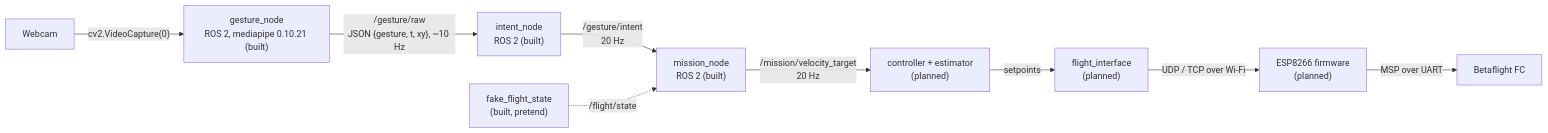
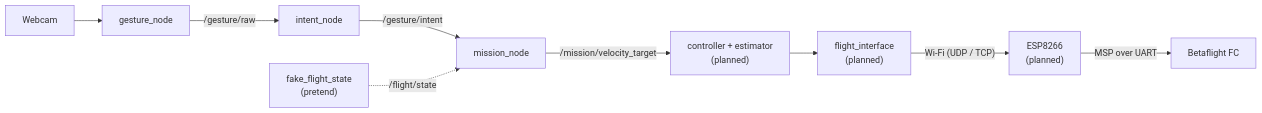
Before and after one commit to SEAME-pt/SEA-ME_Team1_ROSRangers: the diagram in docs/PraticalPlan/06 Gestures/00 Gesture Pipeline.md, drawn with Mermaid. The commit also changed other lines of this file and 11 other files, not shown here.

````diff
--- a/docs/PraticalPlan/06 Gestures/00 Gesture Pipeline.md
+++ b/docs/PraticalPlan/06 Gestures/00 Gesture Pipeline.md
@@ -30,11 +30,11 @@
 ```mermaid
 flowchart LR
-  W[Webcam] -->|"cv2.VideoCapture(0)"| R["gesture_node<br/>ROS 2, mediapipe 0.10.21 (built)"]
-  R -->|"/gesture/raw<br/>JSON {gesture, t, xy}, ~10 Hz"| G["intent_node<br/>ROS 2 (built)"]
-  G -->|"/gesture/intent<br/>20 Hz"| M["mission_node<br/>ROS 2 (built)"]
-  FFS["fake_flight_state<br/>(built, pretend)"] -.->|"/flight/state"| M
-  M -->|"/mission/velocity_target<br/>20 Hz"| C["controller + estimator<br/>(planned)"]
-  C -->|setpoints| FI["flight_interface<br/>(planned)"]
-  FI -->|"UDP / TCP over Wi-Fi"| E["ESP8266 firmware<br/>(planned)"]
+  W[Webcam] --> R[gesture_node]
+  R -->|"/gesture/raw"| G[intent_node]
+  G -->|"/gesture/intent"| M[mission_node]
+  FFS["fake_flight_state<br/>(pretend)"] -.->|"/flight/state"| M
+  M -->|"/mission/velocity_target"| C["controller + estimator<br/>(planned)"]
+  C --> FI["flight_interface<br/>(planned)"]
+  FI -->|"Wi-Fi (UDP / TCP)"| E["ESP8266<br/>(planned)"]
   E -->|"MSP over UART"| FC[Betaflight FC]
 ```
````
